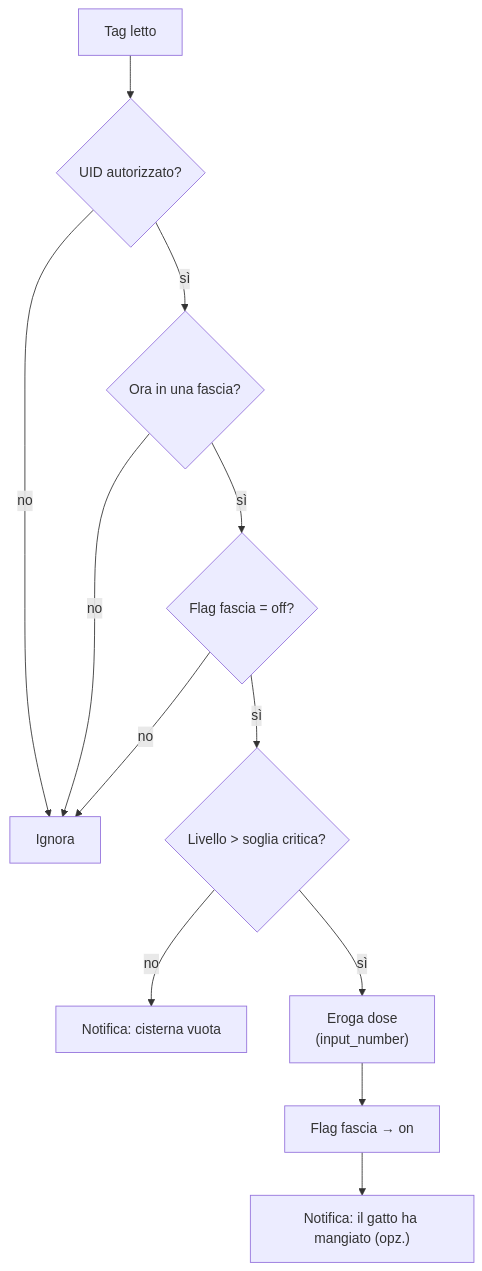
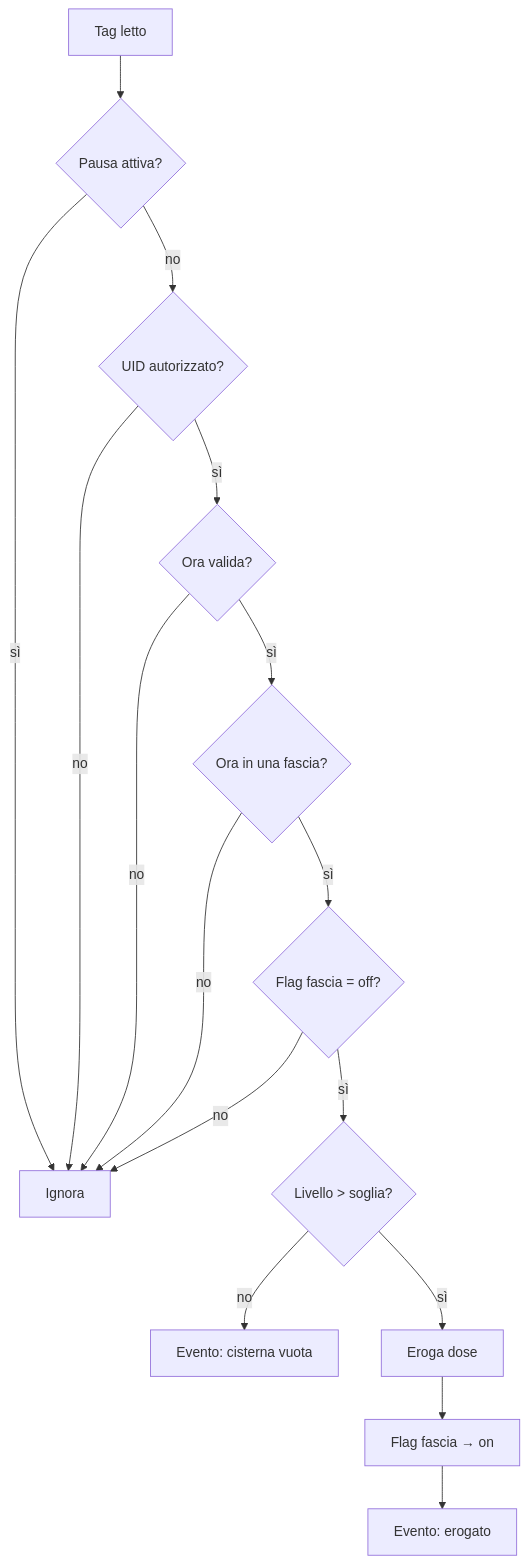
Before and after one commit to The90Frank/cat-feeder: the third of 3 diagrams in docs/plan.md, drawn with Mermaid. The commit also changed other lines of this file and 1 other file, not shown here.

````diff
--- a/docs/plan.md
+++ b/docs/plan.md
@@ -71,14 +83,18 @@
 ```mermaid
 flowchart TD
-    T["Tag letto"] --> U{"UID autorizzato?"}
-    U -- no --> X["Ignora"]
-    U -- sì --> F{"Ora in una fascia?"}
+    T["Tag letto"] --> P{"Pausa attiva?"}
+    P -- sì --> X["Ignora"]
+    P -- no --> U{"UID autorizzato?"}
+    U -- no --> X
+    U -- sì --> C{"Ora valida?"}
+    C -- no --> X
+    C -- sì --> F{"Ora in una fascia?"}
     F -- no --> X
     F -- sì --> S{"Flag fascia = off?"}
     S -- no --> X
-    S -- sì --> L{"Livello > soglia critica?"}
-    L -- no --> A["Notifica: cisterna vuota"]
-    L -- sì --> D["Eroga dose<br/>(input_number)"]
+    S -- sì --> L{"Livello > soglia?"}
+    L -- no --> A["Evento: cisterna vuota"]
+    L -- sì --> D["Eroga dose"]
     D --> ON["Flag fascia → on"]
-    ON --> N["Notifica: il gatto ha mangiato (opz.)"]
+    ON --> E["Evento: erogato"]
 ```
````
